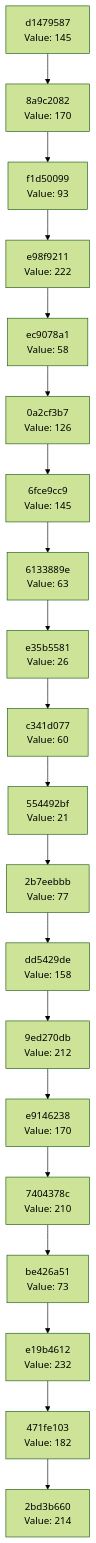
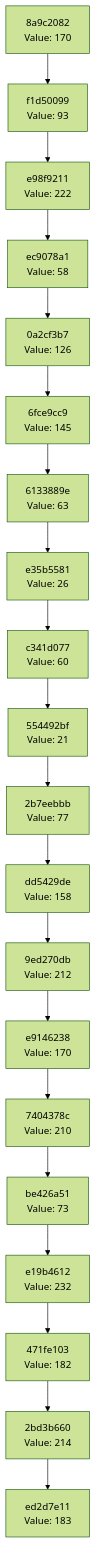
The diagram in docs/CHAIN_VISUALIZATION.md (Abhisheksinha1506/hash-chain-evolver), drawn with Mermaid (forest theme) before and after one commit. The commit also changed 2 other files, not shown here.

Commit message:
Evolution step: hash 0xB7 → action executed

````diff
--- a/docs/CHAIN_VISUALIZATION.md
+++ b/docs/CHAIN_VISUALIZATION.md
@@ -3,42 +3,42 @@
 ```mermaid
 graph TD
-    C0["2bd3b660<br/>Value: 214"]
-    C1["471fe103<br/>Value: 182"]
+    C0["ed2d7e11<br/>Value: 183"]
+    C1["2bd3b660<br/>Value: 214"]
     C1 --> C0
-    C2["e19b4612<br/>Value: 232"]
+    C2["471fe103<br/>Value: 182"]
     C2 --> C1
-    C3["be426a51<br/>Value: 73"]
+    C3["e19b4612<br/>Value: 232"]
     C3 --> C2
-    C4["7404378c<br/>Value: 210"]
+    C4["be426a51<br/>Value: 73"]
     C4 --> C3
-    C5["e9146238<br/>Value: 170"]
+    C5["7404378c<br/>Value: 210"]
     C5 --> C4
-    C6["9ed270db<br/>Value: 212"]
+    C6["e9146238<br/>Value: 170"]
     C6 --> C5
-    C7["dd5429de<br/>Value: 158"]
+    C7["9ed270db<br/>Value: 212"]
     C7 --> C6
-    C8["2b7eebbb<br/>Value: 77"]
+    C8["dd5429de<br/>Value: 158"]
     C8 --> C7
-    C9["554492bf<br/>Value: 21"]
+    C9["2b7eebbb<br/>Value: 77"]
     C9 --> C8
-    C10["c341d077<br/>Value: 60"]
+    C10["554492bf<br/>Value: 21"]
     C10 --> C9
-    C11["e35b5581<br/>Value: 26"]
+    C11["c341d077<br/>Value: 60"]
     C11 --> C10
-    C12["6133889e<br/>Value: 63"]
+    C12["e35b5581<br/>Value: 26"]
     C12 --> C11
-    C13["6fce9cc9<br/>Value: 145"]
+    C13["6133889e<br/>Value: 63"]
     C13 --> C12
-    C14["0a2cf3b7<br/>Value: 126"]
+    C14["6fce9cc9<br/>Value: 145"]
     C14 --> C13
-    C15["ec9078a1<br/>Value: 58"]
+    C15["0a2cf3b7<br/>Value: 126"]
     C15 --> C14
-    C16["e98f9211<br/>Value: 222"]
+    C16["ec9078a1<br/>Value: 58"]
     C16 --> C15
-    C17["f1d50099<br/>Value: 93"]
+    C17["e98f9211<br/>Value: 222"]
     C17 --> C16
-    C18["8a9c2082<br/>Value: 170"]
+    C18["f1d50099<br/>Value: 93"]
     C18 --> C17
-    C19["d1479587<br/>Value: 145"]
+    C19["8a9c2082<br/>Value: 170"]
     C19 --> C18
 ```
````
